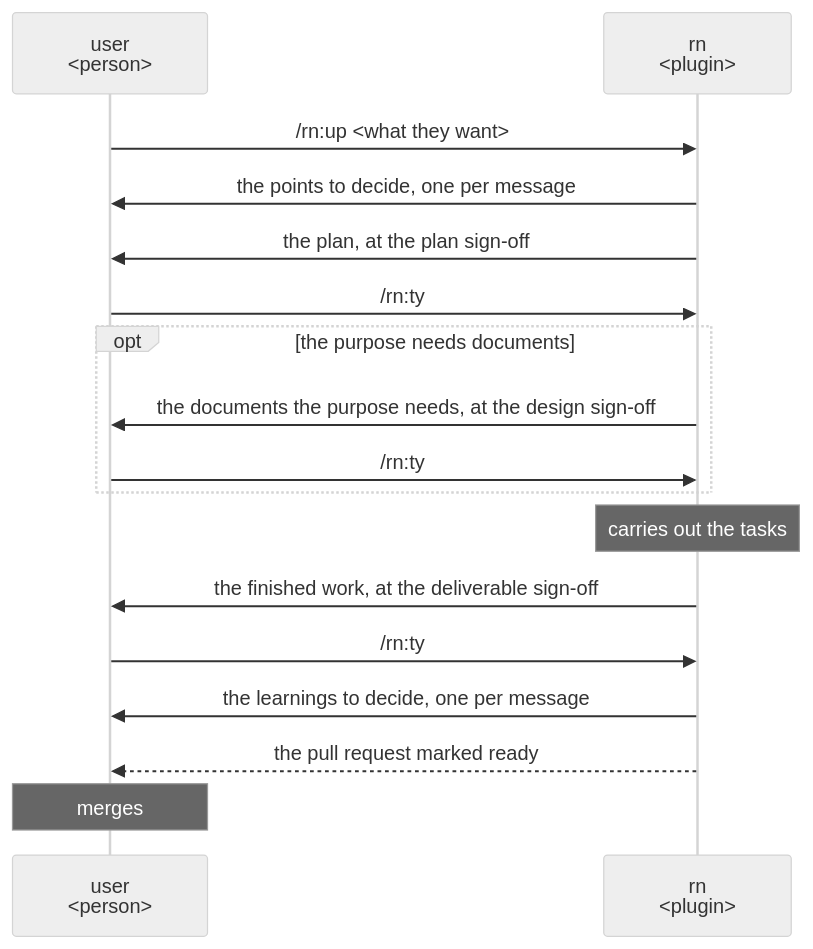
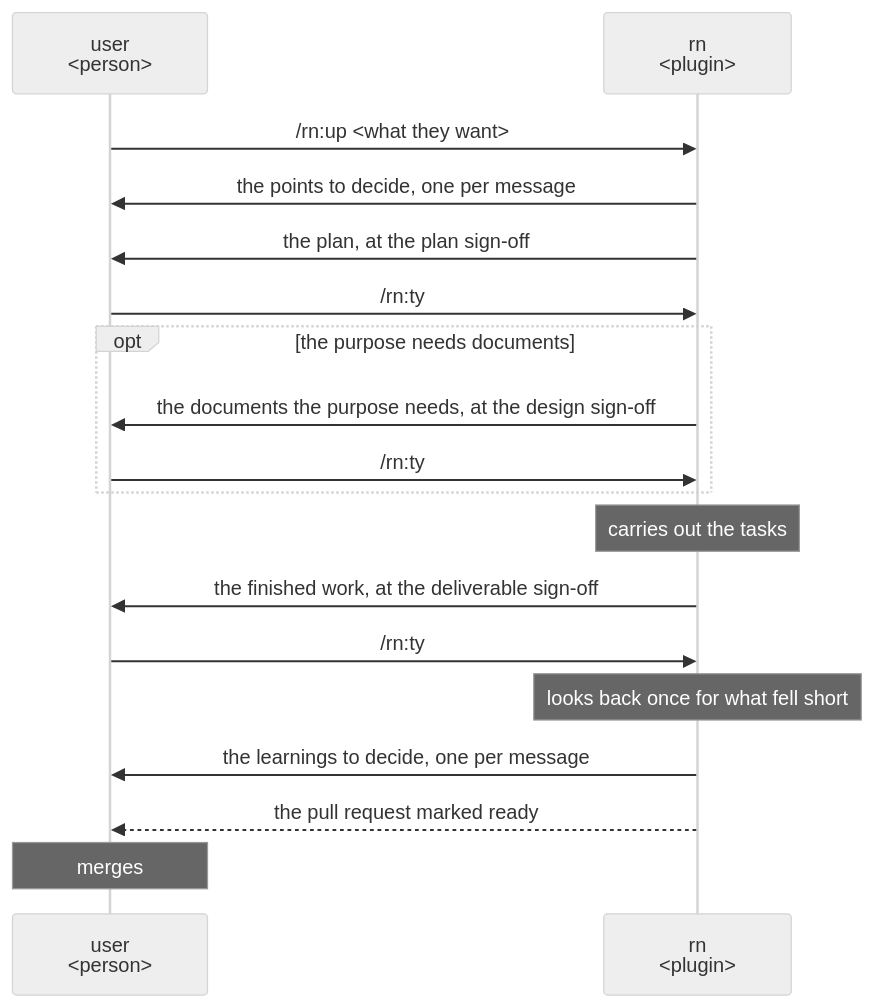
One commit to lovaizu/ccpm changed the first of 5 diagrams in dev/rn/ux.md. Above: the diagram before and after it, drawn with Mermaid (neutral theme). The commit also changed other lines of this file and 4 other files, not shown here.

````diff
--- a/dev/rn/ux.md
+++ b/dev/rn/ux.md
@@ -55,19 +55,20 @@
 ```mermaid
 sequenceDiagram
   participant U as user<br/>#lt;person#gt;
   participant R as rn<br/>#lt;plugin#gt;
   U->>R: /rn:up #lt;what they want#gt;
   R->>U: the points to decide, one per message
   R->>U: the plan, at the plan sign-off
   U->>R: /rn:ty
   opt the purpose needs documents
     R->>U: the documents the purpose needs, at the design sign-off
     U->>R: /rn:ty
   end
   Note over R: carries out the tasks
   R->>U: the finished work, at the deliverable sign-off
   U->>R: /rn:ty
+  Note over R: looks back once for what fell short
   R->>U: the learnings to decide, one per message
   R-->>U: the pull request marked ready
   Note over U: merges
 ```
````
